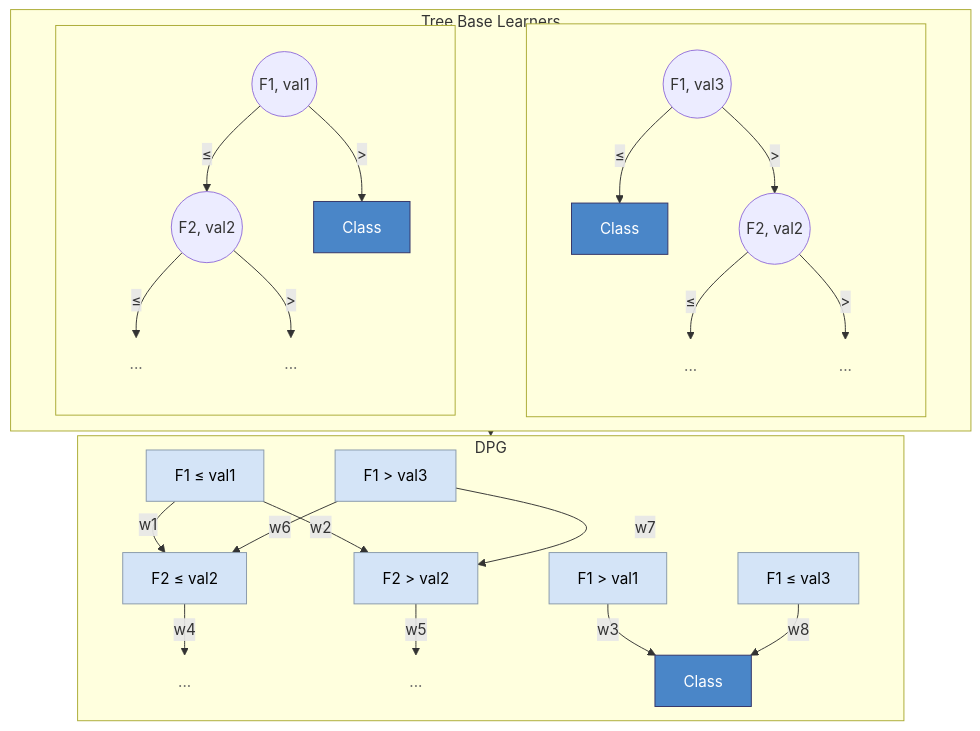
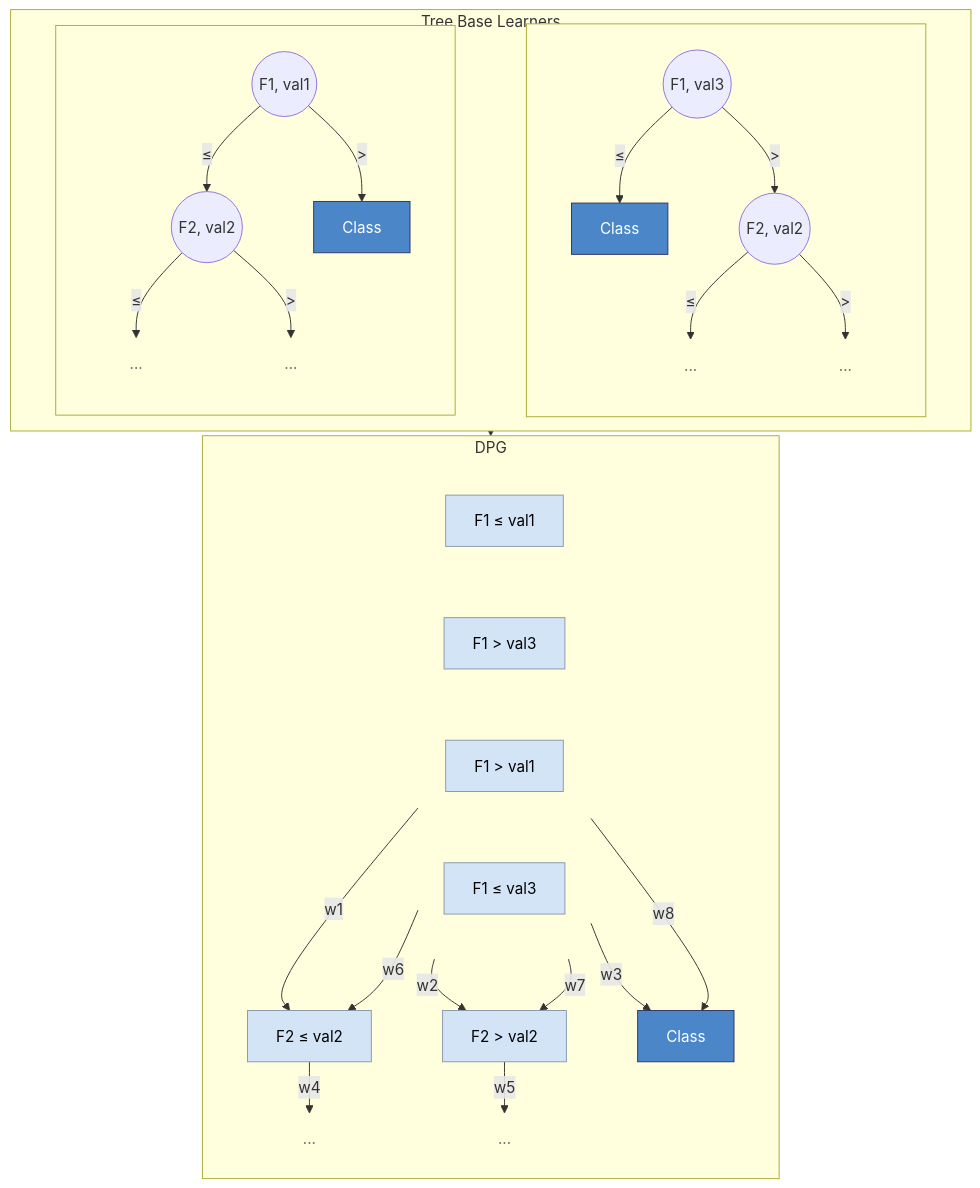
Before and after one commit to Meta-Group/DPG: the diagram in README.md, drawn with Mermaid.

Commit message:
Group F1 predicates in diagram

````diff
--- a/README.md
+++ b/README.md
@@ -29,76 +29,80 @@
 ```mermaid
 %%{init: {"flowchart": {"nodeSpacing": 75, "rankSpacing": 5}}}%%
 
 flowchart TB
     subgraph trees ["Tree Base Learners"]
         direction TB
         subgraph tree2 [" "]
             direction TB
             T2R(("F1, val3"))
             T2C["Class"]
             T2L(("F2, val2"))
             T2RL["..."]
             T2RR["..."]
             T2R -- "≤" --> T2C
             T2R -- ">" --> T2L
             T2L -- "≤" --> T2RL
             T2L -- ">" --> T2RR
         end
         subgraph tree1 [" "]
             direction TB
             T1R(("F1, val1"))
             T1L(("F2, val2"))
             T1C["Class"]
             T1LL["..."]
             T1LR["..."]
             T1R -- "≤" --> T1L
             T1R -- ">" --> T1C
             T1L -- "≤" --> T1LL
             T1L -- ">" --> T1LR
         end
     end
 
     trees ==> dpg
 
     subgraph dpg ["DPG"]
         direction TB
         
         E["F2 ≤ val2"]
         FF["F2 > val2"]
         G["Class"]
         EoutLL["..."]
         EoutLR["..."]
 
         E -- "w4" --> EoutLL
         FF -- "w5" --> EoutLR
 
-        A["F1 ≤ val1"]
-        B["F1 > val3"]
-        C["F1 > val1"]
-        D["F1 ≤ val3"]
+        subgraph f1line [" "]
+            direction LR
+            A["F1 ≤ val1"]
+            B["F1 > val3"]
+            C["F1 > val1"]
+            D["F1 ≤ val3"]
+        end
 
         A -- "w1" --> E
         A -- "w2" --> FF
         B -- "w6" --> E
         B -- "w7" --> FF
         C -- "w3" --> G
         D -- "w8" --> G
     end
 
+    style f1line fill:transparent,stroke:transparent,color:transparent
     style T1C fill:#4a86c8,color:#fff,stroke:#336
     style T2C fill:#4a86c8,color:#fff,stroke:#336
     style G fill:#4a86c8,color:#fff,stroke:#336
     style A fill:#d4e4f7,color:#000,stroke:#89a
     style B fill:#d4e4f7,color:#000,stroke:#89a
     style C fill:#d4e4f7,color:#000,stroke:#89a
     style D fill:#d4e4f7,color:#000,stroke:#89a
     style E fill:#d4e4f7,color:#000,stroke:#89a
     style FF fill:#d4e4f7,color:#000,stroke:#89a
     style T1LL fill:transparent,stroke:transparent,color:#666
     style T1LR fill:transparent,stroke:transparent,color:#666
     style T2RL fill:transparent,stroke:transparent,color:#666
     style T2RR fill:transparent,stroke:transparent,color:#666
     style EoutLL fill:transparent,stroke:transparent,color:#666
     style EoutLR fill:transparent,stroke:transparent,color:#666
     style EoutLR fill:transparent,stroke:transparent,color:#666
 ```
````
